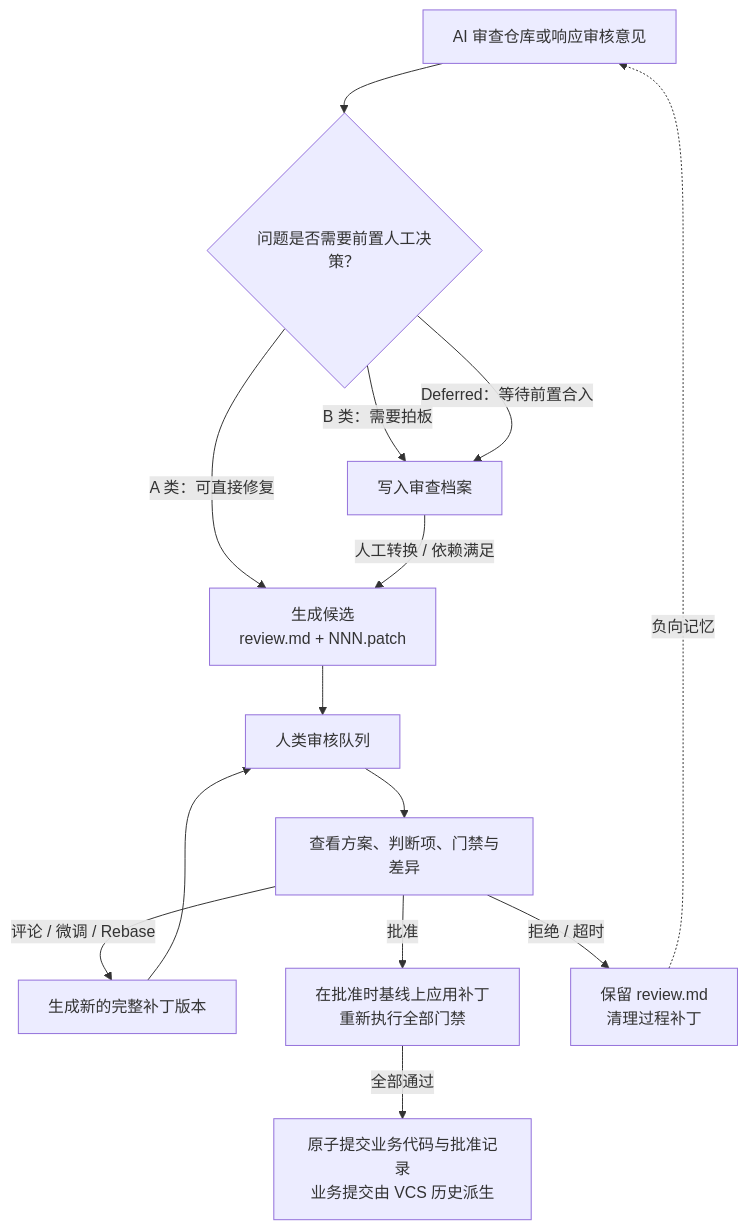
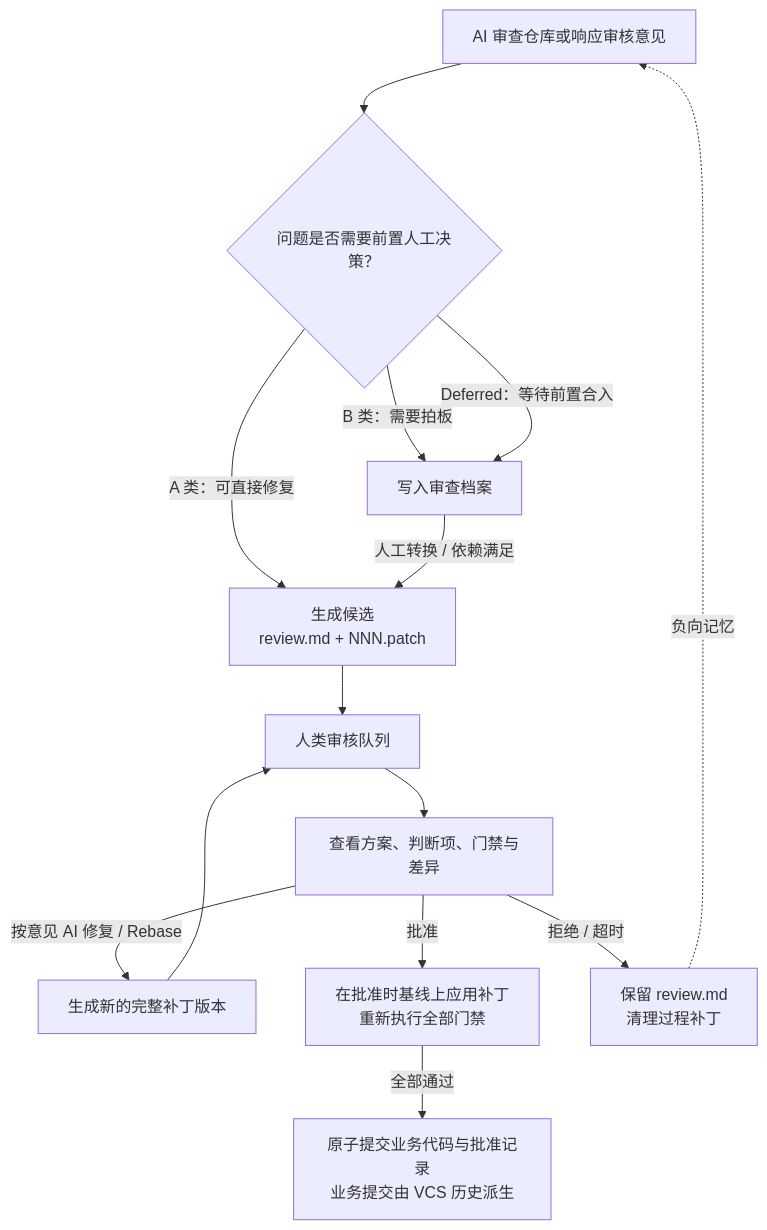
Before and after one commit to stallboy/dsh-review: the diagram in SPEC.md, drawn with Mermaid. The commit also changed other lines of this file and 20 other files, not shown here.

````diff
--- a/SPEC.md
+++ b/SPEC.md
@@ -33,16 +33,16 @@
 ```mermaid
 flowchart TD
     AUDIT["AI 审查仓库或响应审核意见"] --> TRIAGE{"问题是否需要前置人工决策？"}
     TRIAGE -->|"A 类：可直接修复"| CAND["生成候选<br/>review.md + NNN.patch"]
     TRIAGE -->|"B 类：需要拍板"| REPORT["写入审查档案"]
     TRIAGE -->|"Deferred：等待前置合入"| REPORT
     REPORT -->|"人工转换 / 依赖满足"| CAND
     CAND --> QUEUE["人类审核队列"]
     QUEUE --> DETAIL["查看方案、判断项、门禁与差异"]
-    DETAIL -->|"评论 / 微调 / Rebase"| FIX["生成新的完整补丁版本"]
+    DETAIL -->|"按意见 AI 修复 / Rebase"| FIX["生成新的完整补丁版本"]
     FIX --> QUEUE
     DETAIL -->|"批准"| GATE["在批准时基线上应用补丁<br/>重新执行全部门禁"]
     GATE -->|"全部通过"| COMMIT["原子提交业务代码与批准记录<br/>业务提交由 VCS 历史派生"]
     DETAIL -->|"拒绝 / 超时"| REJECT["保留 review.md<br/>清理过程补丁"]
     REJECT -.->|"负向记忆"| AUDIT
 ```
````
